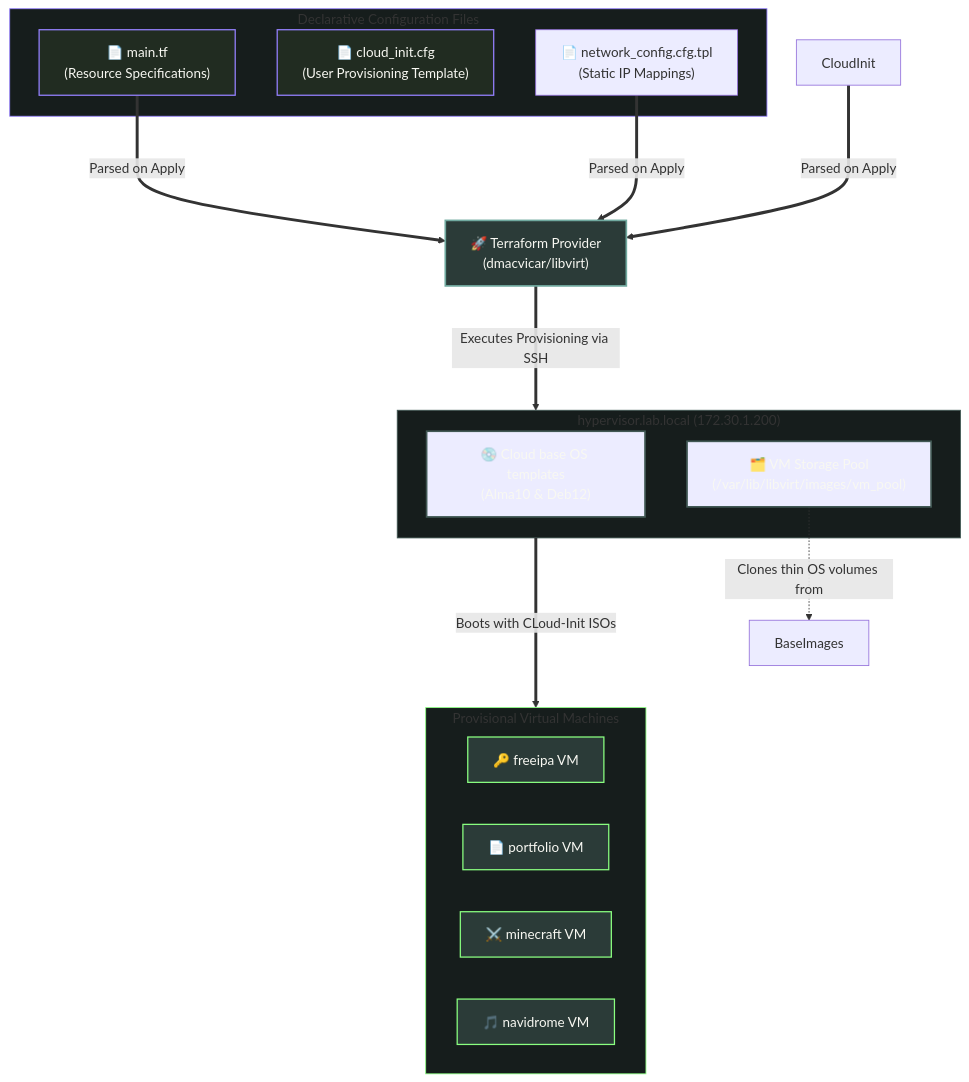
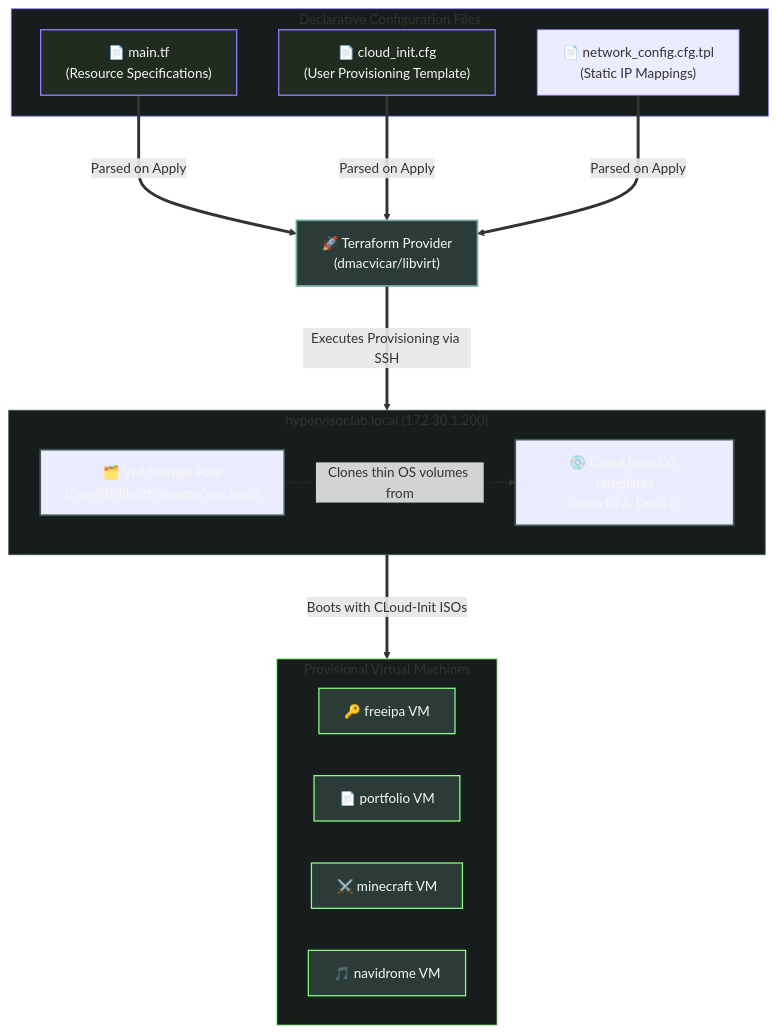
One commit to Isshi0417/homelab-server-v3 changed the diagram in docs/03-terraform.md. Above: the diagram before and after it, drawn with Mermaid.

````diff
--- a/docs/03-terraform.md
+++ b/docs/03-terraform.md
@@ -11,38 +11,38 @@
 ```mermaid
 graph TD
     %% My Color Palette
     classDef inputNode fill:#212c21,stroke:#9580ff,color:#f8f8f2,stroke-width:1.5px;
     classDef tfNode fill:#2b3b38,stroke:#70a99f,color:#f8f8f2,stroke-width:2px;
     classDef hostNode fill:#161dc,stroke:#415854,color:#f8f8f2,stroke-width:2px;
     classDef guestNode fill:#2b3b38,stroke:#8aff80,color:#f8f8f2,stroke-width:1.5px;
 
     subgraph Configs ["Declarative Configuration Files"]
         MainTF["📄 main.tf<br>(Resource Specifications)"]:::inputNode
-        CloutInit["📄 cloud_init.cfg<br>(User Provisioning Template)"]:::inputNode
-        NetConfig["📄 network_config.cfg.tpl<br>(Static IP Mappings)"]
+        CloudInit["📄 cloud_init.cfg<br>(User Provisioning Template)"]:::inputNode
+        NetConfig["📄 network_config.cfg.tpl<br>(Static IP Mappings)"]:::inputNOde
     end
 
     Terraform["🚀 Terraform Provider<br>(dmacvicar/libvirt)"]:::tfNode
 
     subgraph Host ["hypervisor.lab.local (172.30.1.200)"]
-        BaseImage["💿 Cloud base OS templates<br>(Alma10 & Deb12)"]:::hostNode
+        BaseImages["💿 Cloud base OS templates<br>(Alma10 & Deb12)"]:::hostNode
         StoragePool["🗂️ VM Storage Pool<br>(/var/lib/libvirt/images/vm_pool)"]:::hostNode
     end
 
     subgraph Guests ["Provisional Virtual Machines"]
         freeipa["🔑 freeipa VM"]:::guestNode
         portfolio["📄 portfolio VM"]:::guestNode
         minecraft["⚔️ minecraft VM"]:::guestNode
         navidrome["🎵 navidrome VM"]:::guestNode
     end
 
     MainTF & CloudInit & NetConfig ===>|Parsed on Apply| Terraform
     Terraform ===>|Executes Provisioning via SSH| Host
     StoragePool -.->|Clones thin OS volumes from| BaseImages
     Host ===>|Boots with CLoud-Init ISOs| Guests
 
     %% Subgraph Colors
     style Configs fill:#161d1c,stroke:#9580ff,stroke-width:1px;
     style Host fill:#161d1c,stroke:#415854,stroke-width:1px;
     style Guests fill:#161d1c,stroke:#8aff80,stroke-width:1px;
 ```
````
